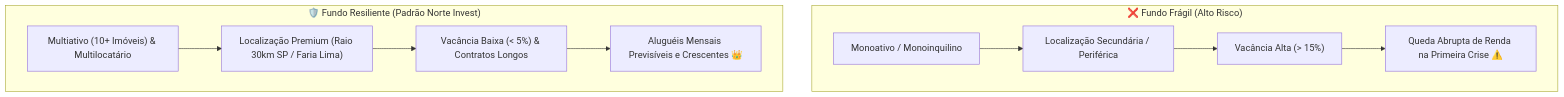
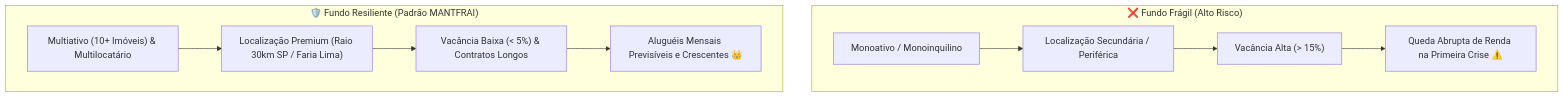
Before and after one commit to Rickss100/Davi-Hidra: the diagram in src/data/academy/lessons/modulo-5/aula-5-3.md, drawn with Mermaid. The commit also changed other lines of this file and 43 other files, not shown here.

````diff
--- a/src/data/academy/lessons/modulo-5/aula-5-3.md
+++ b/src/data/academy/lessons/modulo-5/aula-5-3.md
@@ -78,14 +78,14 @@
 ```mermaid
 flowchart TD
     subgraph Reprovado["❌ Fundo Frágil (Alto Risco)"]
         F1["Monoativo / Monoinquilino"] --> F2["Localização Secundária / Periférica"]
         F2 --> F3["Vacância Alta (> 15%)"]
         F3 --> F4["Queda Abrupta de Renda na Primeira Crise ⚠️"]
     end
 
-    subgraph Aprovado["🛡️ Fundo Resiliente (Padrão Norte Invest)"]
+    subgraph Aprovado["🛡️ Fundo Resiliente (Padrão MANTFRAI)"]
         A1["Multiativo (10+ Imóveis) & Multilocatário"] --> A2["Localização Premium (Raio 30km SP / Faria Lima)"]
         A2 --> A3["Vacância Baixa (< 5%) & Contratos Longos"]
         A3 --> A4["Aluguéis Mensais Previsíveis e Crescentes 👑"]
     end
 ```
````
